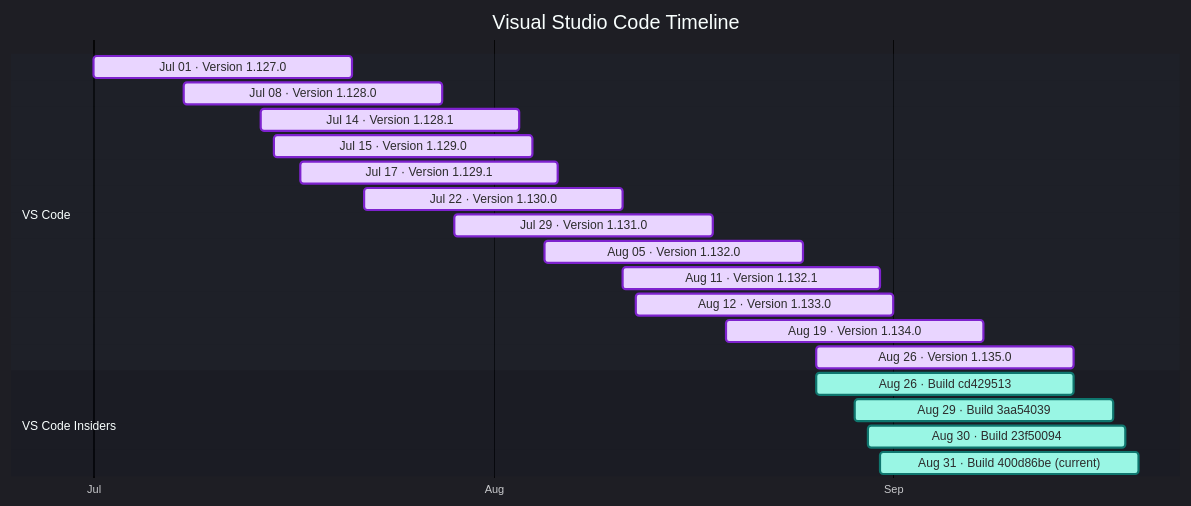
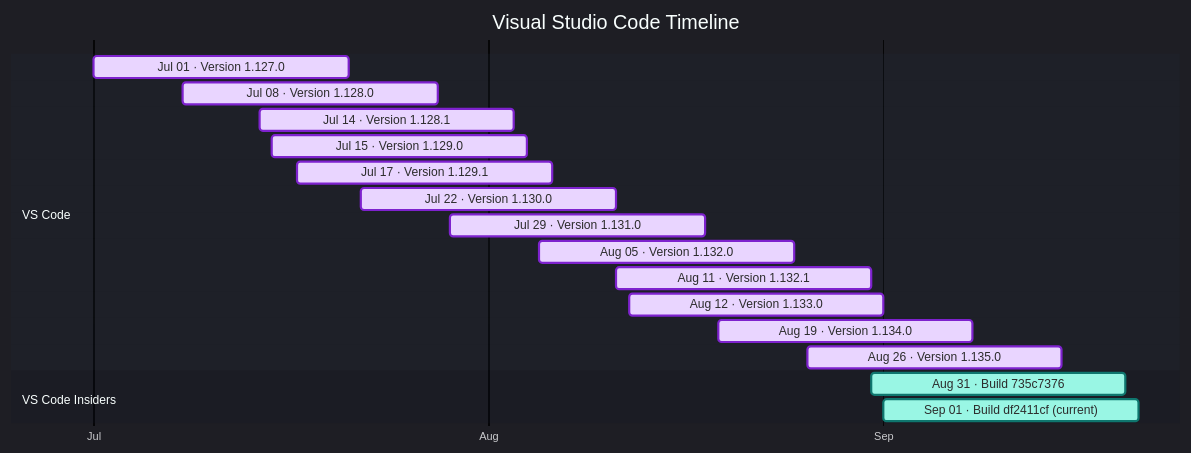
Before and after one commit to Oxelya-DevTools/VisualStudioUpdate: the diagram in docs/vscode.md, drawn with Mermaid. The commit also changed other lines of this file and 1 other file, not shown here.

````diff
--- a/docs/vscode.md
+++ b/docs/vscode.md
@@ -9,26 +9,24 @@
 ```mermaid
 %%{init: {'theme':'dark','themeVariables': { 'fontFamily': 'Segoe UI', 'fontSize': '24px', 'textColor': '#F3F4F6', 'titleTextColor': '#FFFFFF', 'taskTextColor': '#111827', 'taskTextLightColor': '#111827', 'taskTextOutsideColor': '#F3F4F6', 'taskBkgColor': '#BAE6FD', 'taskBorderColor': '#0369A1', 'doneTaskBkgColor': '#E9D5FF', 'doneTaskBorderColor': '#7E22CE', 'activeTaskBkgColor': '#99F6E4', 'activeTaskBorderColor': '#0F766E', 'critTaskBkgColor': '#FED7AA', 'critTaskBorderColor': '#C2410C', 'sectionBkgColor': '#1F2937', 'altSectionBkgColor': '#111827', 'gridColor': '#4B5563', 'todayLineColor': '#F87171' }}}%%
 gantt
     title Visual Studio Code Timeline
     dateFormat  YYYY-MM-DD
     axisFormat  %b
     tickInterval 1month
     section VS Code
     Jul 01 · Version 1.127.0 : done, vscode202607010, 2026-07-01, 20d
     Jul 08 · Version 1.128.0 : done, vscode202607081, 2026-07-08, 20d
     Jul 14 · Version 1.128.1 : done, vscode202607142, 2026-07-14, 20d
     Jul 15 · Version 1.129.0 : done, vscode202607153, 2026-07-15, 20d
     Jul 17 · Version 1.129.1 : done, vscode202607174, 2026-07-17, 20d
     Jul 22 · Version 1.130.0 : done, vscode202607225, 2026-07-22, 20d
     Jul 29 · Version 1.131.0 : done, vscode202607296, 2026-07-29, 20d
     Aug 05 · Version 1.132.0 : done, vscode202608057, 2026-08-05, 20d
     Aug 11 · Version 1.132.1 : done, vscode202608118, 2026-08-11, 20d
     Aug 12 · Version 1.133.0 : done, vscode202608129, 2026-08-12, 20d
     Aug 19 · Version 1.134.0 : done, vscode2026081910, 2026-08-19, 20d
     Aug 26 · Version 1.135.0 : done, vscode2026082611, 2026-08-26, 20d
     section VS Code Insiders
-    Aug 26 · Build cd429513 : active, vscodeinsiders202608260, 2026-08-26, 20d
-    Aug 29 · Build 3aa54039 : active, vscodeinsiders202608291, 2026-08-29, 20d
-    Aug 30 · Build 23f50094 : active, vscodeinsiders202608302, 2026-08-30, 20d
-    Aug 31 · Build 400d86be (current) : active, vscodeinsiders202608313, 2026-08-31, 20d
+    Aug 31 · Build 735c7376 : active, vscodeinsiders202608310, 2026-08-31, 20d
+    Sep 01 · Build df2411cf (current) : active, vscodeinsiders202609011, 2026-09-01, 20d
 ```
````
